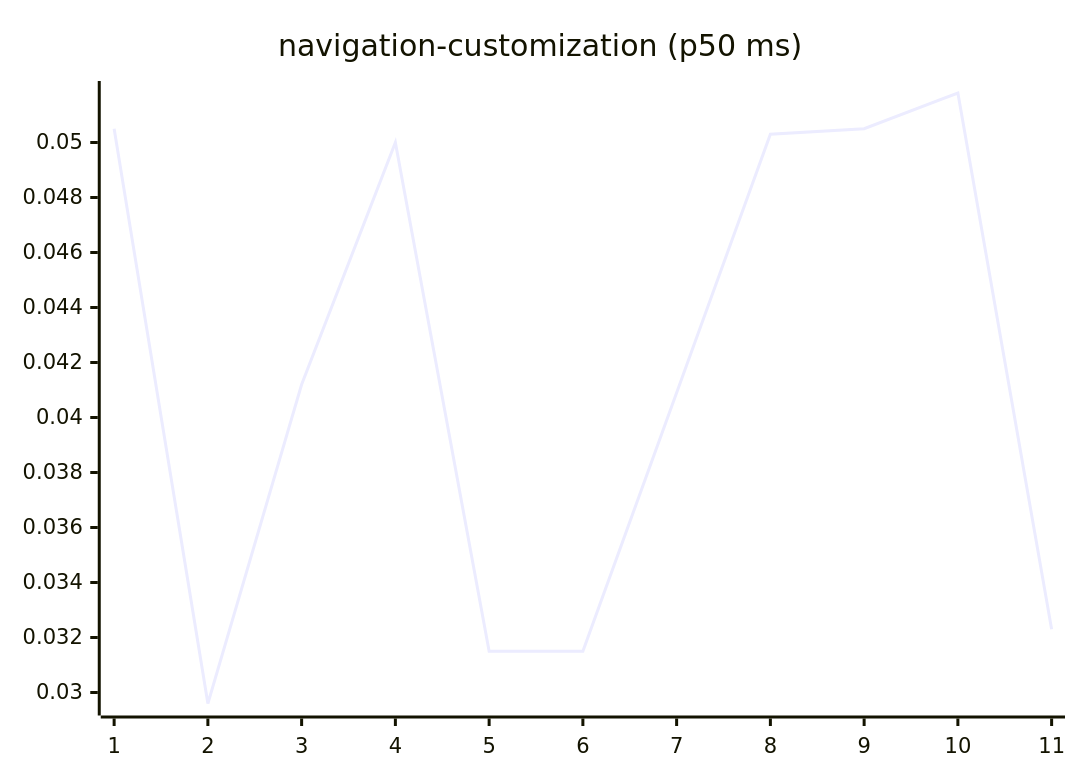
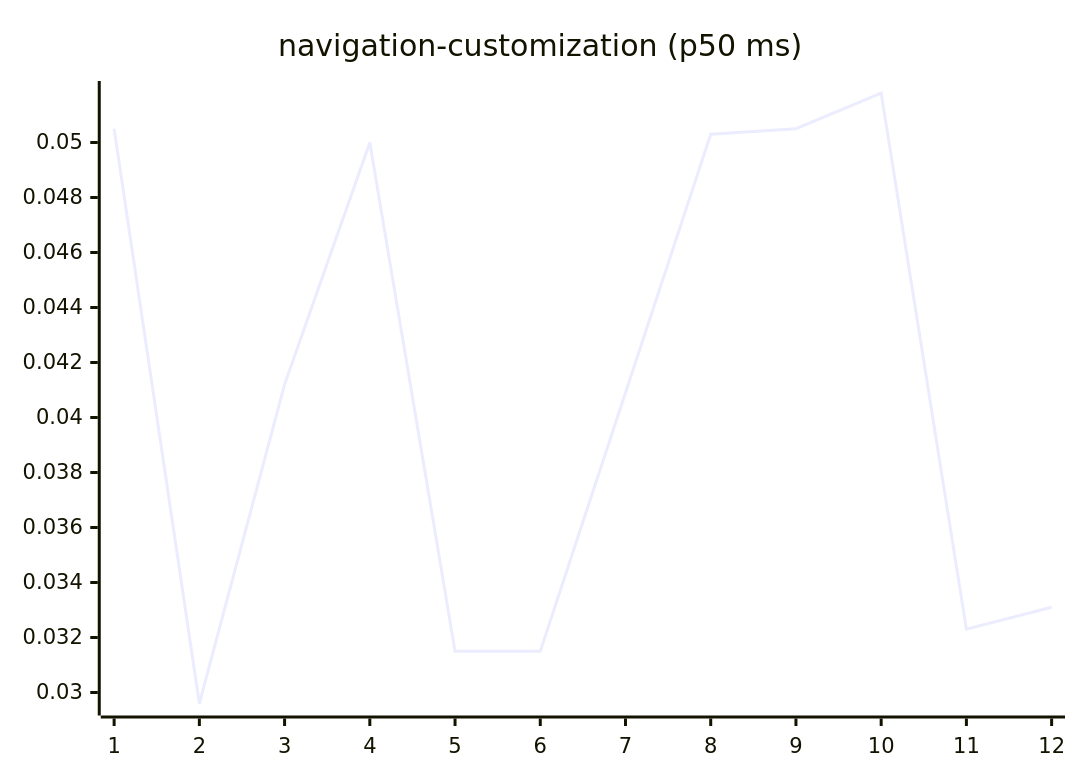
Before and after one commit to josha/Facet: diagram 15 of 27 in README.md, drawn with Mermaid. The commit also changed other lines of this file and 2 other files, not shown here.

````diff
--- a/README.md
+++ b/README.md
@@ -161,6 +161,6 @@
 ```mermaid
 xychart-beta
     title "navigation-customization (p50 ms)"
-    x-axis 1 --> 11
-    line [0.0505, 0.0296, 0.0412, 0.0500, 0.0315, 0.0315, 0.0409, 0.0503, 0.0505, 0.0518, 0.0323]
+    x-axis 1 --> 12
+    line [0.0505, 0.0296, 0.0412, 0.0500, 0.0315, 0.0315, 0.0409, 0.0503, 0.0505, 0.0518, 0.0323, 0.0331]
 ```
````
